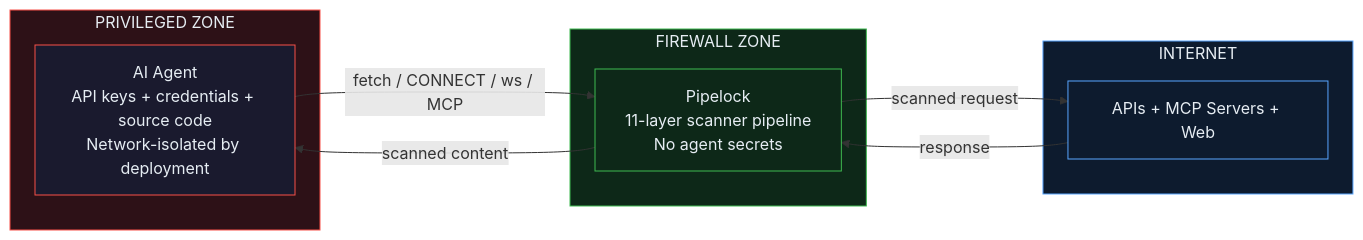
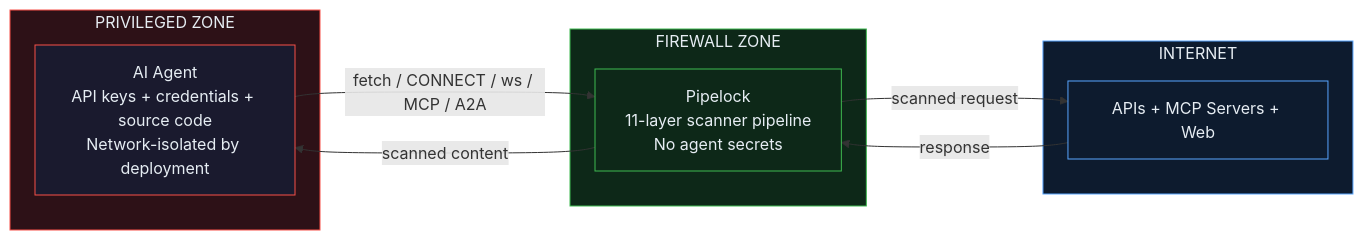
The diagram in README.md (luckyPipewrench/pipelock), drawn with Mermaid before and after one commit. The commit also changed other lines of this file and 16 other files, not shown here.

First line of the commit message:
feat: onboarding stack (init CLI, README, Helm chart, FP guide) (#355)

````diff
--- a/README.md
+++ b/README.md
@@ -129,26 +117,26 @@
 ```mermaid
 flowchart LR
     subgraph PRIV["PRIVILEGED ZONE"]
         Agent["AI Agent\nAPI keys + credentials + source code\nNetwork-isolated by deployment"]
     end
 
     subgraph FW["FIREWALL ZONE"]
         Proxy["Pipelock\n11-layer scanner pipeline\nNo agent secrets"]
     end
 
     subgraph NET["INTERNET"]
         Web["APIs + MCP Servers + Web"]
     end
 
-    Agent -- "fetch / CONNECT / ws / MCP" --> Proxy
+    Agent -- "fetch / CONNECT / ws / MCP / A2A" --> Proxy
     Proxy -- "scanned request" --> Web
     Web -- "response" --> Proxy
     Proxy -- "scanned content" --> Agent
 
     style PRIV fill:#2d1117,stroke:#f85149,color:#e6edf3
     style FW fill:#0d2818,stroke:#3fb950,color:#e6edf3
     style NET fill:#0d1b2e,stroke:#58a6ff,color:#e6edf3
     style Agent fill:#1a1a2e,stroke:#f85149,color:#e6edf3
     style Proxy fill:#0d2818,stroke:#3fb950,color:#e6edf3
     style Web fill:#0d1b2e,stroke:#58a6ff,color:#e6edf3
 ```
````
